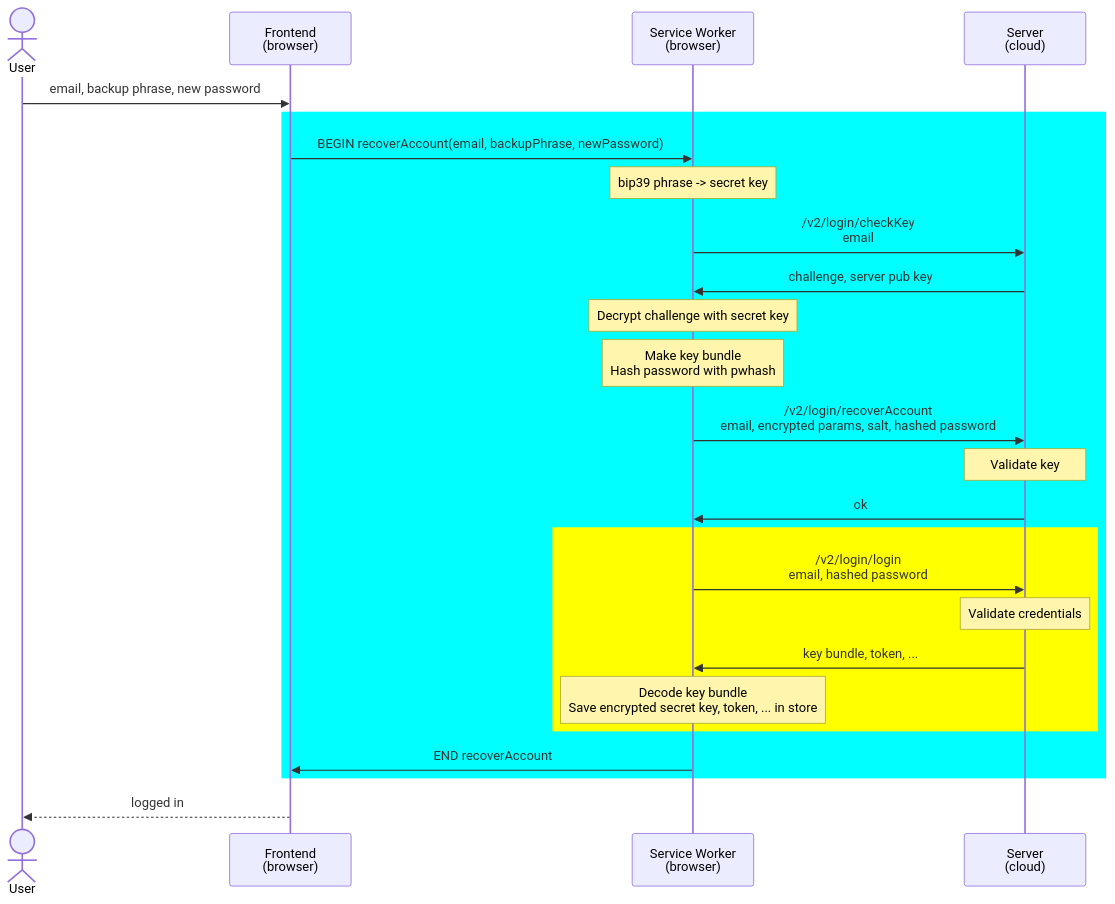
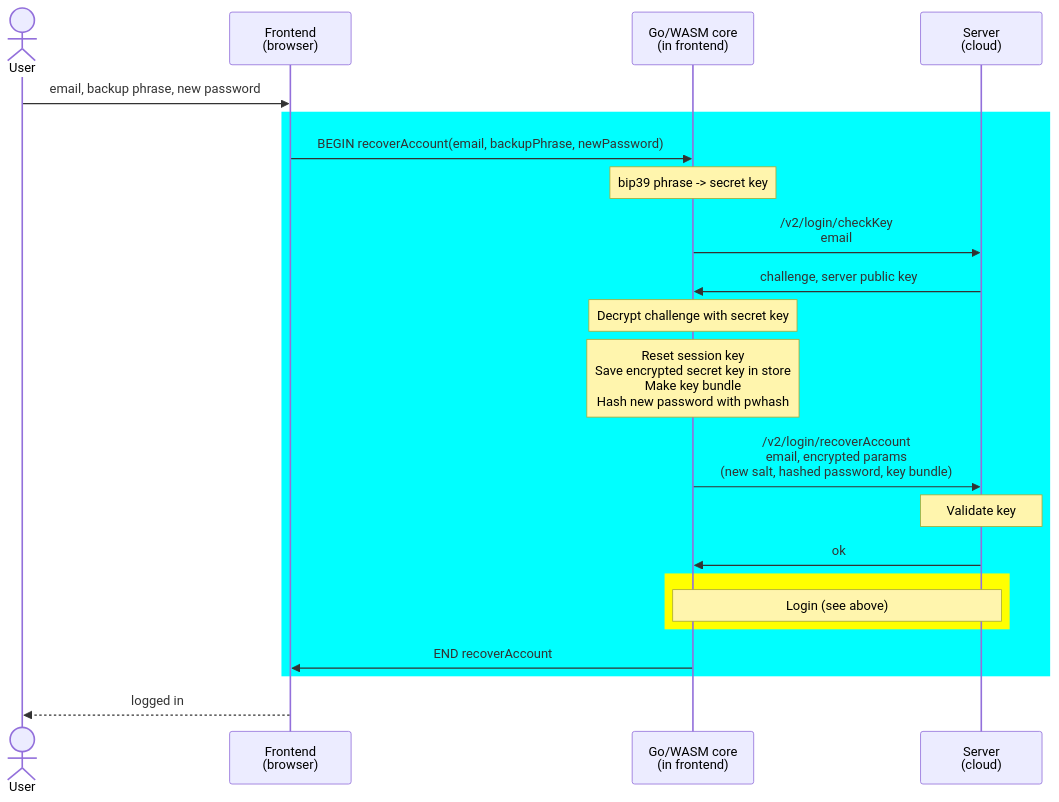
The seventh of 10 diagrams in docs/PWA.md (c2FmZQ/photos), drawn with Mermaid before and after one commit. The commit also changed other lines of this file, not shown here.

First line of the commit message:
Update PWA.md account lifecycle and media diagrams for the Go/WASM core

````diff
--- a/docs/PWA.md
+++ b/docs/PWA.md
@@ -222,29 +230,26 @@
 ```mermaid
 sequenceDiagram
   actor A as User
   participant FE as Frontend<br>(browser)
-  participant SW as Service Worker<br>(browser)
+  participant W as Go/WASM core<br>(in frontend)
   participant BE as Server<br>(cloud)
 
   A->>FE: email, backup phrase, new password
   rect cyan
-  FE->>SW: BEGIN recoverAccount(email, backupPhrase, newPassword)
-  Note over SW: bip39 phrase -> secret key
-  SW->>BE: /v2/login/checkKey<br>email
-  BE->>SW: challenge, server pub key
-  Note over SW: Decrypt challenge with secret key
-  Note over SW: Make key bundle<br>Hash password with pwhash
-  SW->>BE: /v2/login/recoverAccount<br>email, encrypted params, salt, hashed password
+  FE->>W: BEGIN recoverAccount(email, backupPhrase, newPassword)
+  Note over W: bip39 phrase -> secret key
+  W->>BE: /v2/login/checkKey<br>email
+  BE->>W: challenge, server public key
+  Note over W: Decrypt challenge with secret key
+  Note over W: Reset session key<br>Save encrypted secret key in store<br>Make key bundle<br>Hash new password with pwhash
+  W->>BE: /v2/login/recoverAccount<br>email, encrypted params<br>(new salt, hashed password, key bundle)
   Note over BE: Validate key
-  BE->>SW: ok
+  BE->>W: ok
   rect yellow
-    SW->>BE: /v2/login/login<br>email, hashed password
-    Note over BE: Validate credentials
-    BE->>SW: key bundle, token, ...
-    Note over SW: Decode key bundle<br>Save encrypted secret key, token, ... in store
+    Note over W,BE: Login (see above)
   end
-  SW->>FE: END recoverAccount
+  W->>FE: END recoverAccount
   end
-  
+
   FE-->>A: logged in
 ```
````
